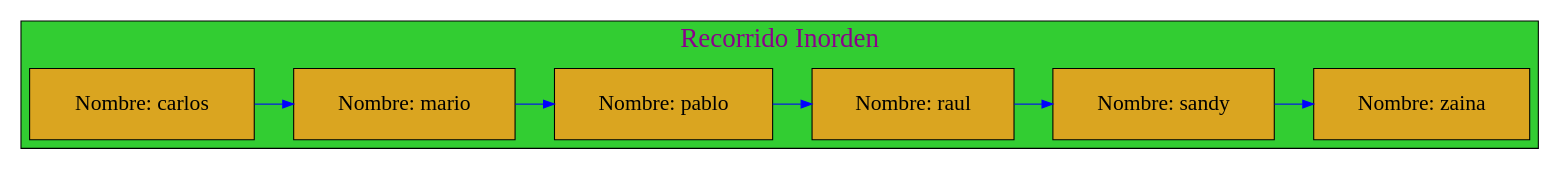
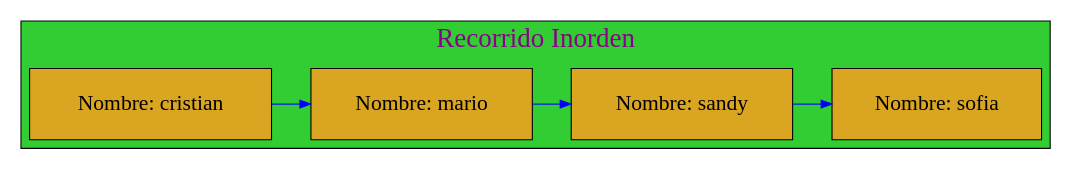
One commit to mariotun/EDD_1S2020_PY1_201602942 changed the diagram in Graficas/Recorrido_Inorden.dot. Above: the diagram before and after it, drawn with Graphviz. The commit also changed 17 other files, not shown here.

```diff
--- a/Graficas/Recorrido_Inorden.dot
+++ b/Graficas/Recorrido_Inorden.dot
@@ -1,28 +1,26 @@
 digraph Inorder_Traversal{
 
 graph[ranksep= "0.5",nodesep= "0.5"];subgraph cluster_3{
 
 label="Recorrido Inorden";
 labelloc=t;
 fontcolor=magenta4;
 fontname=algerian;
 fontsize=25;
 style=filled;
 fillcolor=limegreen;
 
 node[margin=0.3 shape=box style=filled fontcolor=black fillcolor=goldenrod fontsize=20];
 {rank=same;
 
-25770476512[label="Nombre: carlos " ];
+25770475984[label="Nombre: cristian " ];
 25770475776[label="Nombre: mario " ];
-25770476288[label="Nombre: pablo " ];
-25770476992[label="Nombre: raul " ];
-25770475984[label="Nombre: sandy " ];
-25770477200[label="Nombre: zaina " ];
+25770476192[label="Nombre: sandy " ];
+25770476384[label="Nombre: sofia " ];
 };
-25770476512 -> 25770475776 -> 25770476288 -> 25770476992 -> 25770475984 -> 25770477200 
+25770475984 -> 25770475776 -> 25770476192 -> 25770476384 
 
 [color=blue ];
 }
 
 }
```
